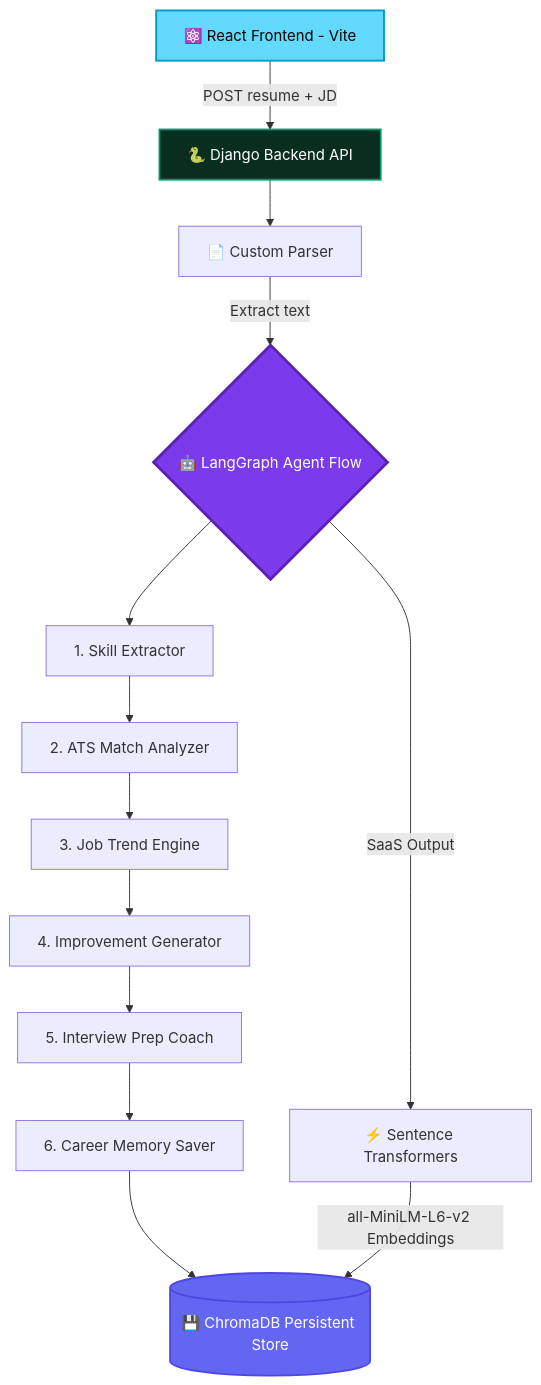
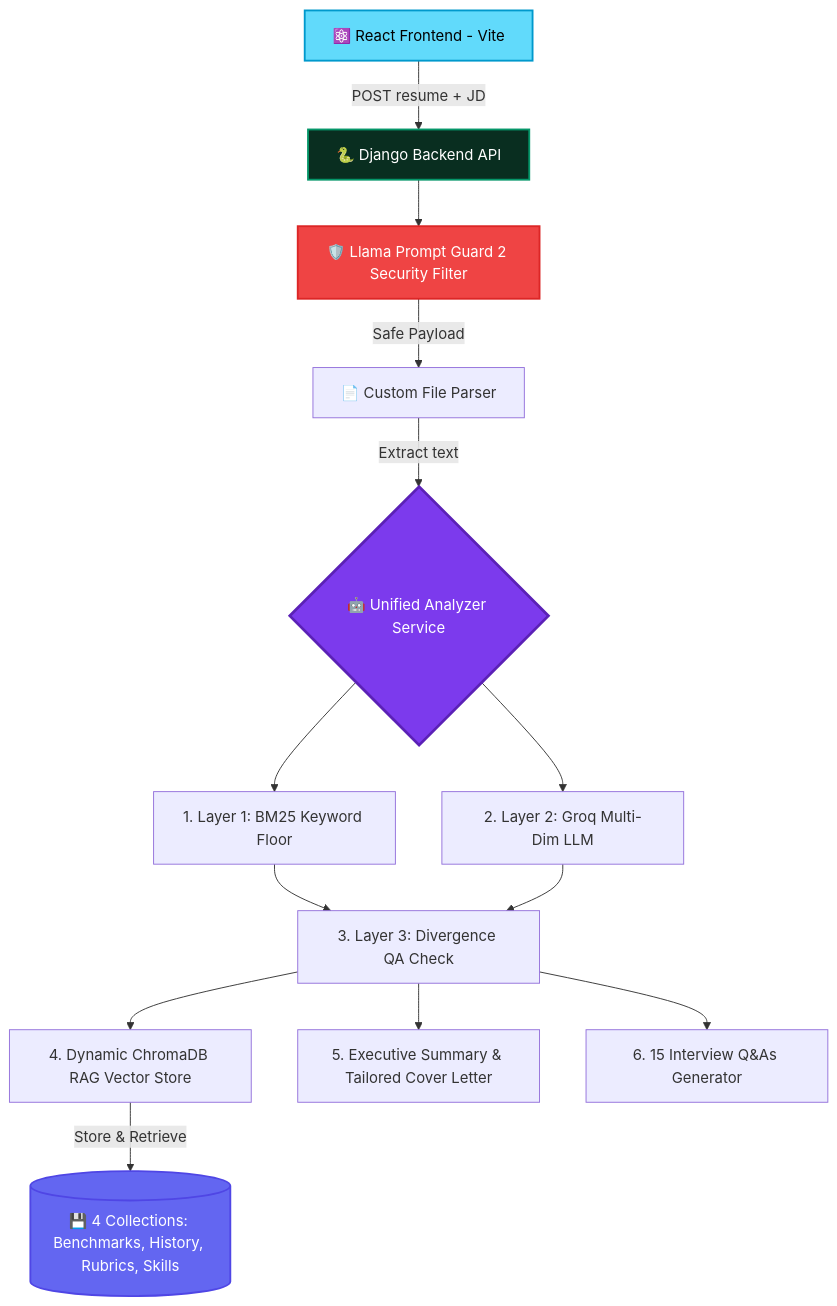
Before and after one commit to Ningaraju1/Skillup-AI: the diagram in README.md, drawn with Mermaid. The commit also changed other lines of this file, not shown here.

Commit message:
docs: update README with Layered AI Architecture, ChromaDB RAG, and CI/CD specs

````diff
--- a/README.md
+++ b/README.md
@@ -86,19 +91,19 @@
 ```mermaid
 graph TD
     A[⚛️ React Frontend - Vite] -->|POST resume + JD| B[🐍 Django Backend API]
-    B --> C[📄 Custom Parser]
-    C -->|Extract text| D{🤖 LangGraph Agent Flow}
-    D --> E[1. Skill Extractor]
-    E --> F[2. ATS Match Analyzer]
-    F --> G[3. Job Trend Engine]
-    G --> H[4. Improvement Generator]
-    H --> I[5. Interview Prep Coach]
-    I --> J[6. Career Memory Saver]
-    J --> K[(💾 ChromaDB Persistent Store)]
-    D -->|SaaS Output| L[⚡ Sentence Transformers]
-    L -->|all-MiniLM-L6-v2 Embeddings| K
+    B --> C[🛡️ Llama Prompt Guard 2 Security Filter]
+    C -->|Safe Payload| D[📄 Custom File Parser]
+    D -->|Extract text| E{🤖 Unified Analyzer Service}
+    E --> F[1. Layer 1: BM25 Keyword Floor]
+    E --> G[2. Layer 2: Groq Multi-Dim LLM]
+    F & G --> H[3. Layer 3: Divergence QA Check]
+    H --> I[4. Dynamic ChromaDB RAG Vector Store]
+    I -->|Store & Retrieve| J[(💾 4 Collections: Benchmarks, History, Rubrics, Skills)]
+    H --> K[5. Executive Summary & Tailored Cover Letter]
+    H --> L[6. 15 Interview Q&As Generator]
     style A fill:#61DAFB,stroke:#0099cc,stroke-width:2px,color:#000
     style B fill:#092E20,stroke:#059669,stroke-width:2px,color:#fff
-    style D fill:#7c3aed,stroke:#5b21b6,stroke-width:3px,color:#fff
-    style K fill:#6366f1,stroke:#4f46e5,stroke-width:2px,color:#fff
+    style C fill:#ef4444,stroke:#dc2626,stroke-width:2px,color:#fff
+    style E fill:#7c3aed,stroke:#5b21b6,stroke-width:3px,color:#fff
+    style J fill:#6366f1,stroke:#4f46e5,stroke-width:2px,color:#fff
 ```
````
